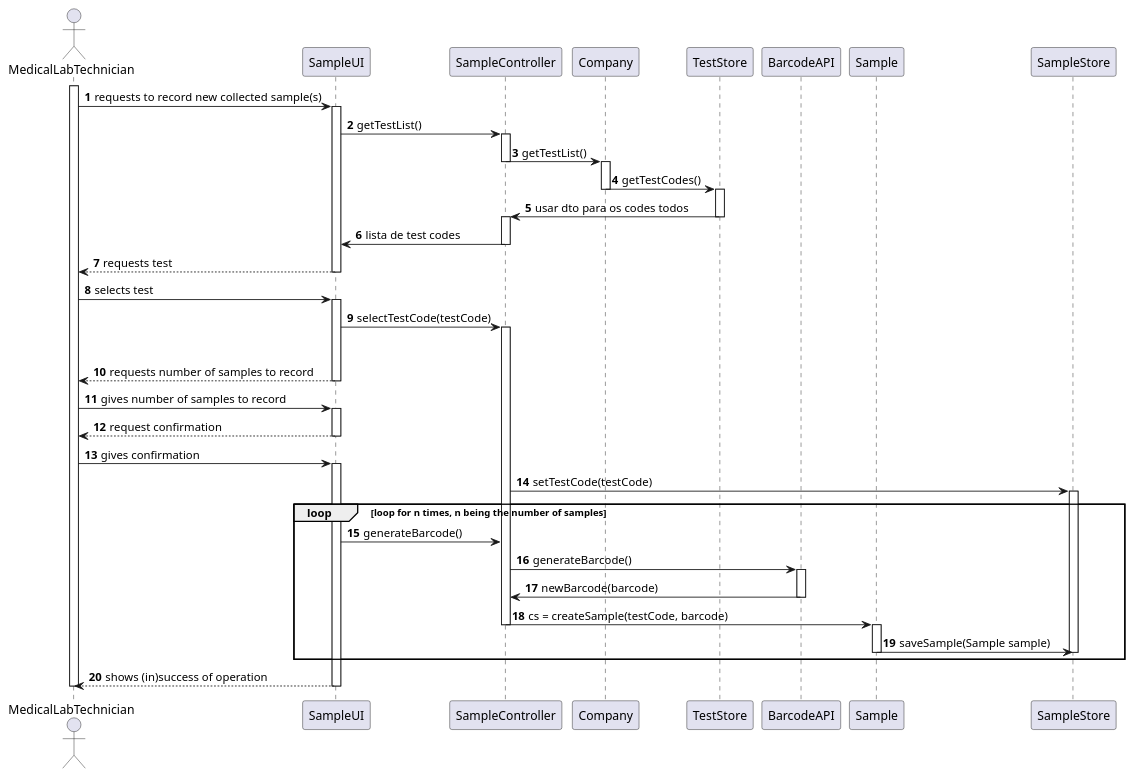
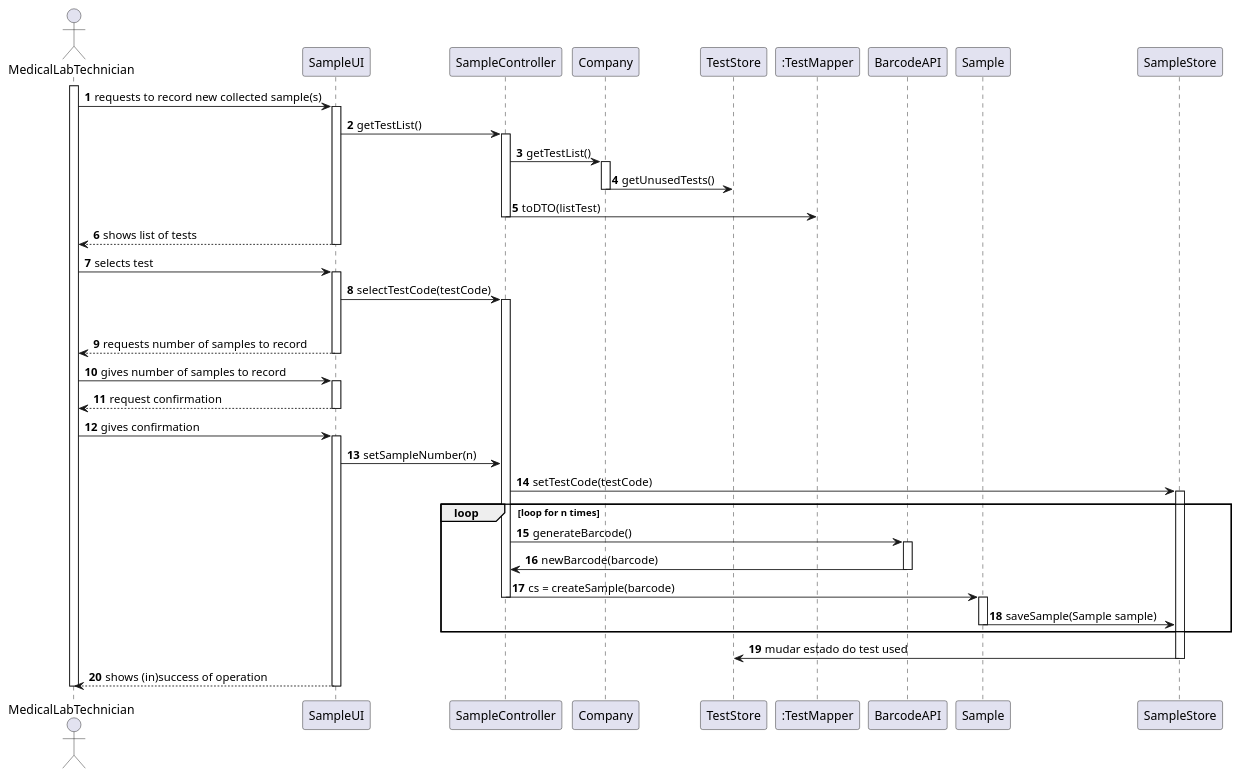
One commit to MadDinosaur/ISEP-LAPR2 changed the diagram in docs/SprintC/US5/US5_SD.puml. Above: the diagram before and after it, drawn with PlantUML. The commit also changed 9 other files, not shown here.

Commit message:
Updated US5 related files, added class diagram, started SampleUI and SampleController and updated Company.java too

```diff
--- a/docs/SprintC/US5/US5_SD.puml
+++ b/docs/SprintC/US5/US5_SD.puml
@@ -1,70 +1,63 @@
 @startuml
 
 autonumber
 
 actor MedicalLabTechnician as mlt
 participant SampleUI as UI
 participant SampleController as Controller
 participant Company
 participant TestStore
+participant ":TestMapper" as TestMapper
 participant BarcodeAPI as API
 participant Sample
 participant SampleStore
 
 activate mlt
 mlt -> UI: requests to record new collected sample(s)
 activate UI
 UI -> Controller: getTestList()
 activate Controller
 Controller -> Company: getTestList()
+activate Company
+Company -> TestStore: getUnusedTests()
+deactivate Company
+Controller -> TestMapper: toDTO(listTest)
 deactivate Controller
-activate Company
-Company -> TestStore: getTestCodes()
 deactivate Company
-activate TestStore
-TestStore -> Controller: usar dto para os codes todos
-deactivate TestStore
-activate Controller
-Controller -> UI: lista de test codes
-deactivate Controller
-UI --> mlt: requests test
+UI --> mlt: shows list of tests
 deactivate UI
-
 mlt -> UI: selects test
 activate UI
 UI -> Controller: selectTestCode(testCode)
 activate Controller
-
 deactivate Company
-
 UI --> mlt: requests number of samples to record
 deactivate UI
-
 mlt -> UI: gives number of samples to record
 activate UI
 UI --> mlt: request confirmation
 deactivate UI
 mlt -> UI: gives confirmation
 activate UI
 
+UI -> Controller: setSampleNumber(n)
 Controller -> SampleStore: setTestCode(testCode)
 activate SampleStore
-loop loop for n times, n being the number of samples
-UI -> Controller: generateBarcode()
+loop loop for n times
 Controller -> API: generateBarcode()
 activate API
 API -> Controller: newBarcode(barcode)
 deactivate API
-Controller -> Sample: cs = createSample(testCode, barcode)
+Controller -> Sample: cs = createSample(barcode)
 deactivate Controller
 activate Sample
 Sample -> SampleStore: saveSample(Sample sample)
 deactivate Sample
+end loop
+SampleStore -> TestStore: mudar estado do test used
 deactivate SampleStore
-end loop
-
 UI --> mlt: shows (in)success of operation
 deactivate UI
 deactivate mlt
 
 @enduml
```
